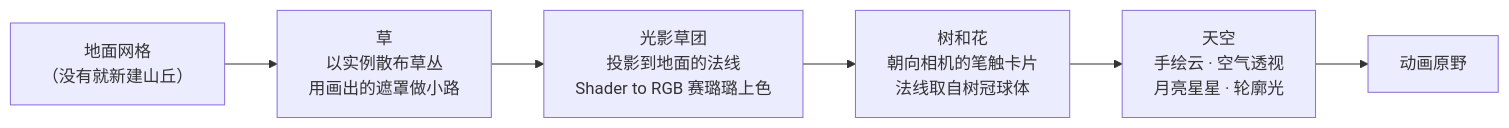
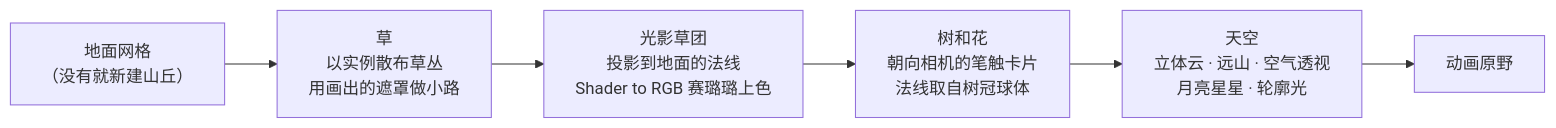
Before and after one commit to kanaworksai-hue/harappa: the diagram in README.zh-CN.md, drawn with Mermaid. The commit also changed other lines of this file and 15 other files, not shown here.

````diff
--- a/README.zh-CN.md
+++ b/README.zh-CN.md
@@ -97,8 +108,8 @@
 ```mermaid
 flowchart LR
     M["地面网格<br/>（没有就新建山丘）"] --> G["草<br/>以实例散布草丛<br/>用画出的遮罩做小路"]
     G --> C["光影草团<br/>投影到地面的法线<br/>Shader to RGB 赛璐璐上色"]
     C --> T["树和花<br/>朝向相机的笔触卡片<br/>法线取自树冠球体"]
-    T --> S["天空<br/>手绘云 · 空气透视<br/>月亮星星 · 轮廓光"]
+    T --> S["天空<br/>立体云 · 远山 · 空气透视<br/>月亮星星 · 轮廓光"]
     S --> R["动画原野"]
 ```
````
